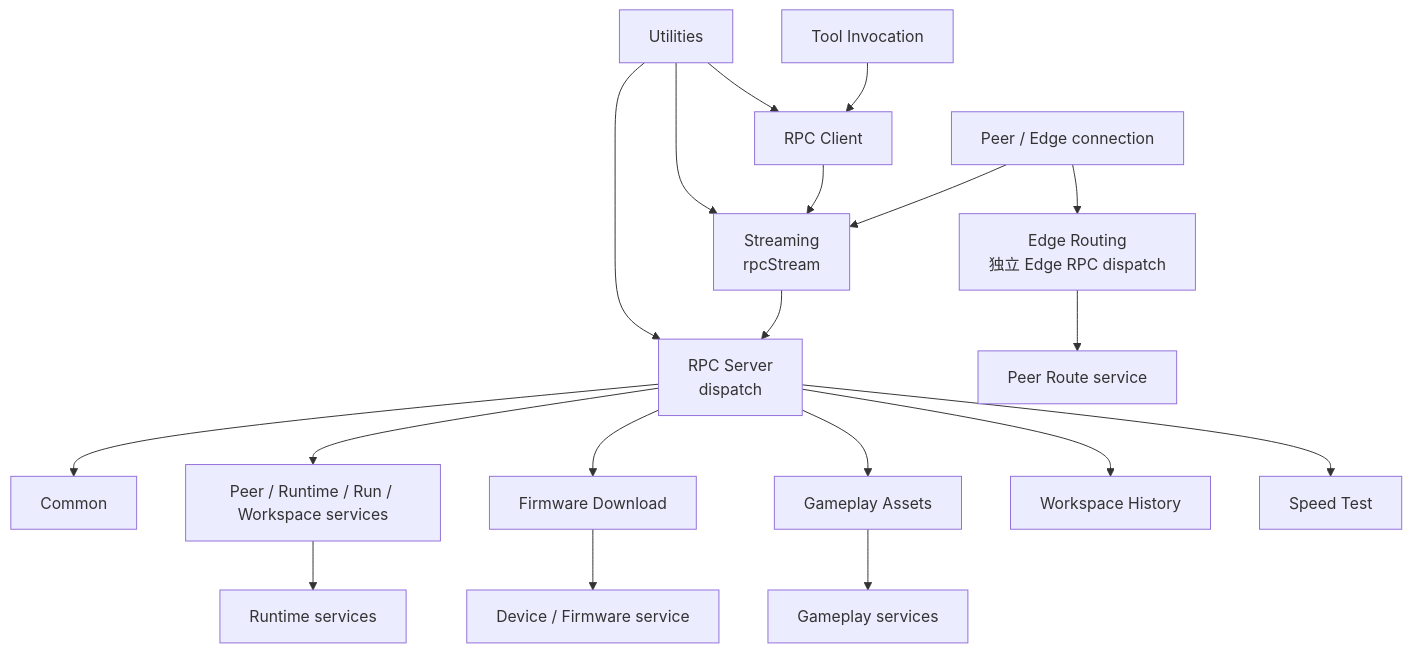
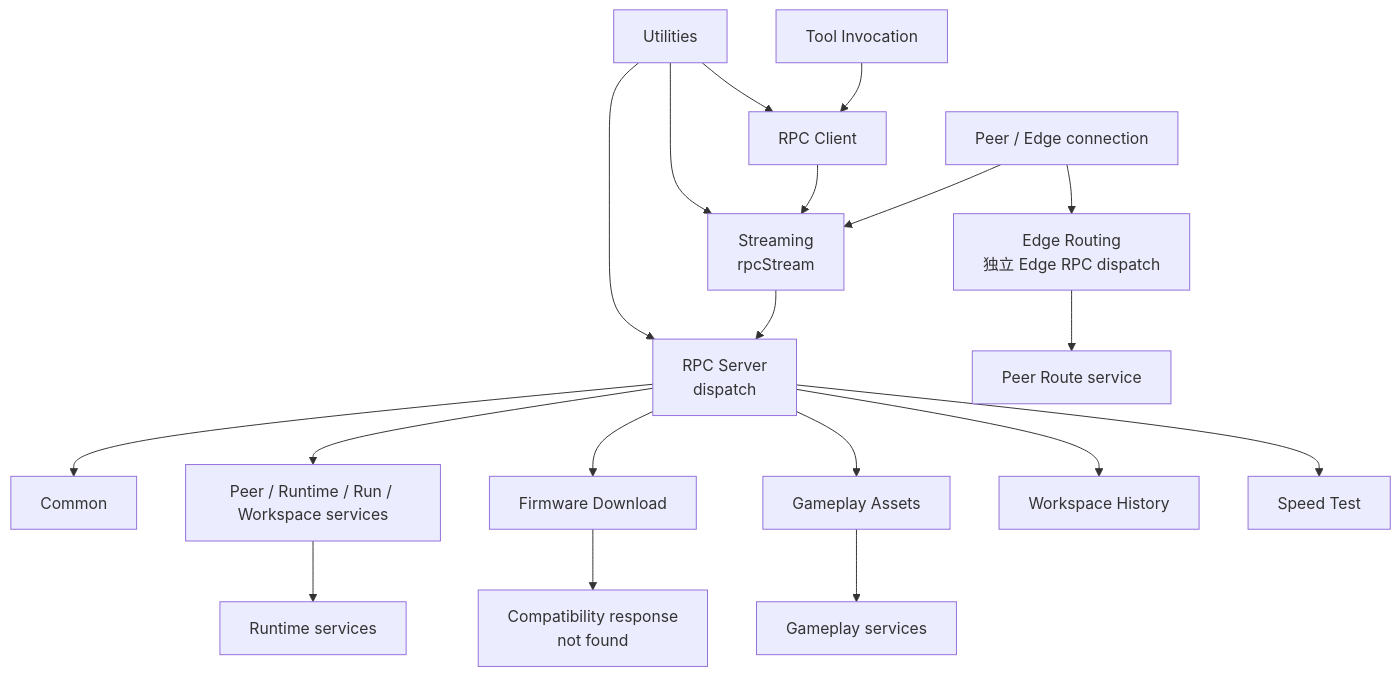
The diagram in guides/zh/developing/gizclaw/rpc/overview.md (GizClaw/gizclaw), drawn with Mermaid before and after one commit. The commit also changed other lines of this file and 121 other files, not shown here.

````diff
--- a/guides/zh/developing/gizclaw/rpc/overview.md
+++ b/guides/zh/developing/gizclaw/rpc/overview.md
@@ -23,24 +23,24 @@
 ```mermaid
 flowchart TB
     Connection["Peer / Edge connection"] --> Stream["Streaming<br/>rpcStream"]
 
     Client["RPC Client"] --> Stream
     Stream --> Server["RPC Server<br/>dispatch"]
     Server --> Common["Common"]
     Server --> Runtime["Peer / Runtime / Run / Workspace services"]
     Server --> Firmware["Firmware Download"]
     Server --> Gameplay["Gameplay Assets"]
     Server --> History["Workspace History"]
     Server --> Speed["Speed Test"]
     Connection --> Edge["Edge Routing<br/>独立 Edge RPC dispatch"]
 
     Tool["Tool Invocation"] --> Client
     Utilities["Utilities"] --> Client
     Utilities --> Server
     Utilities --> Stream
 
     Runtime --> RuntimeServices["Runtime services"]
-    Firmware --> Device["Device / Firmware service"]
+    Firmware --> Compat["Compatibility response<br/>not found"]
     Gameplay --> GameplaySvc["Gameplay services"]
     Edge --> Routes["Peer Route service"]
 ```
````
